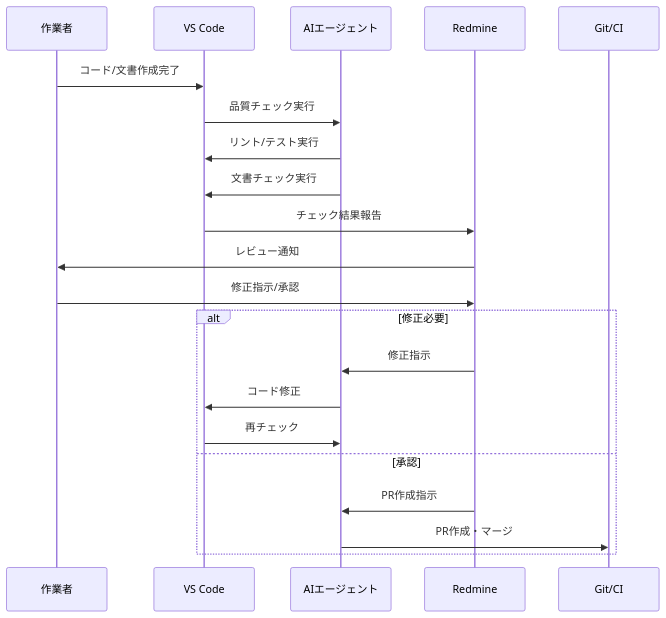
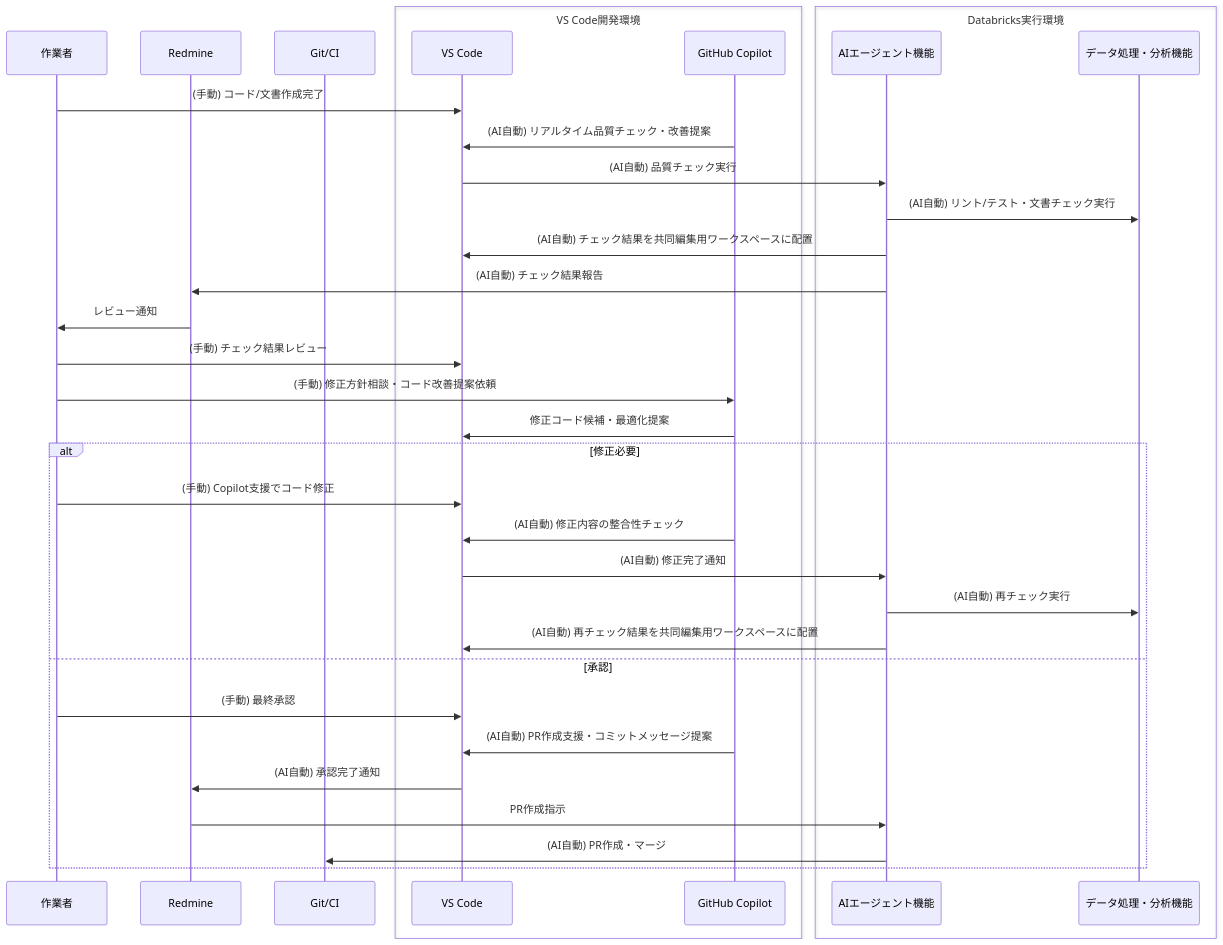
The tenth of 34 diagrams in docs/02000_要件定義/02100_要件定義書.md (daichiTAAA/AgentOpsPlatform), drawn with Mermaid before and after one commit. The commit also changed other lines of this file, not shown here.

````diff
--- a/docs/02000_要件定義/02100_要件定義書.md
+++ b/docs/02000_要件定義/02100_要件定義書.md
@@ -259,24 +371,40 @@
 ```mermaid
 sequenceDiagram
     participant W as 作業者
-    participant V as VS Code
-    participant A as AIエージェント
     participant R as Redmine
     participant G as Git/CI
     
-    W->>V: コード/文書作成完了
-    V->>A: 品質チェック実行
-    A->>V: リント/テスト実行
-    A->>V: 文書チェック実行
-    V->>R: チェック結果報告
+    box VS Code開発環境
+        participant V as VS Code
+        participant C as GitHub Copilot
+    end
+    
+    box Databricks実行環境
+        participant A as AIエージェント機能
+        participant D as データ処理・分析機能
+    end
+    
+    W->>V: (手動) コード/文書作成完了
+    C->>V: (AI自動) リアルタイム品質チェック・改善提案
+    V->>A: (AI自動) 品質チェック実行
+    A->>D: (AI自動) リント/テスト・文書チェック実行
+    A->>V: (AI自動) チェック結果を共同編集用ワークスペースに配置
+    A->>R: (AI自動) チェック結果報告
     R->>W: レビュー通知
-    W->>R: 修正指示/承認
+    W->>V: (手動) チェック結果レビュー
+    W->>C: (手動) 修正方針相談・コード改善提案依頼
+    C->>V: 修正コード候補・最適化提案
     alt 修正必要
-        R->>A: 修正指示
-        A->>V: コード修正
-        V->>A: 再チェック
+        W->>V: (手動) Copilot支援でコード修正
+        C->>V: (AI自動) 修正内容の整合性チェック
+        V->>A: (AI自動) 修正完了通知
+        A->>D: (AI自動) 再チェック実行
+        A->>V: (AI自動) 再チェック結果を共同編集用ワークスペースに配置
     else 承認
+        W->>V: (手動) 最終承認
+        C->>V: (AI自動) PR作成支援・コミットメッセージ提案
+        V->>R: (AI自動) 承認完了通知
         R->>A: PR作成指示
-        A->>G: PR作成・マージ
+        A->>G: (AI自動) PR作成・マージ
     end
 ```
````
